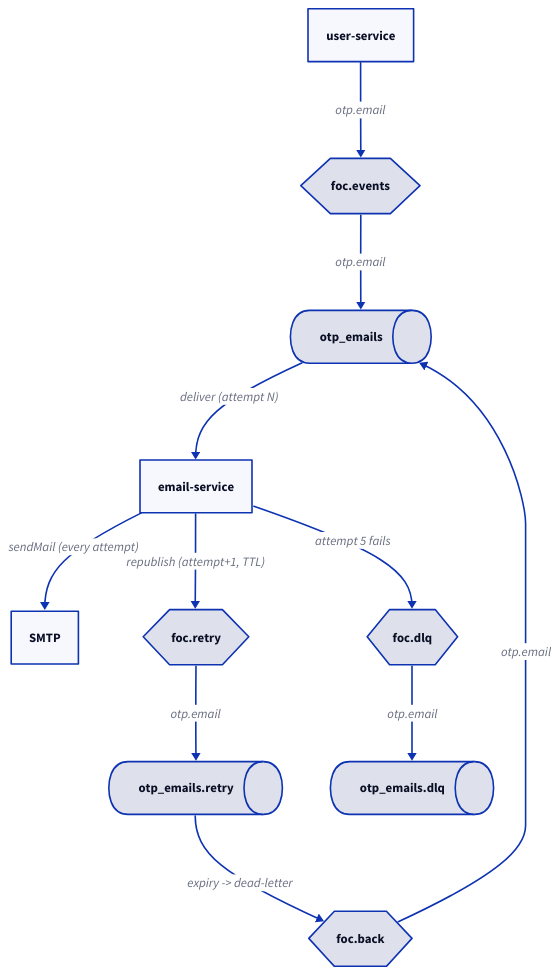
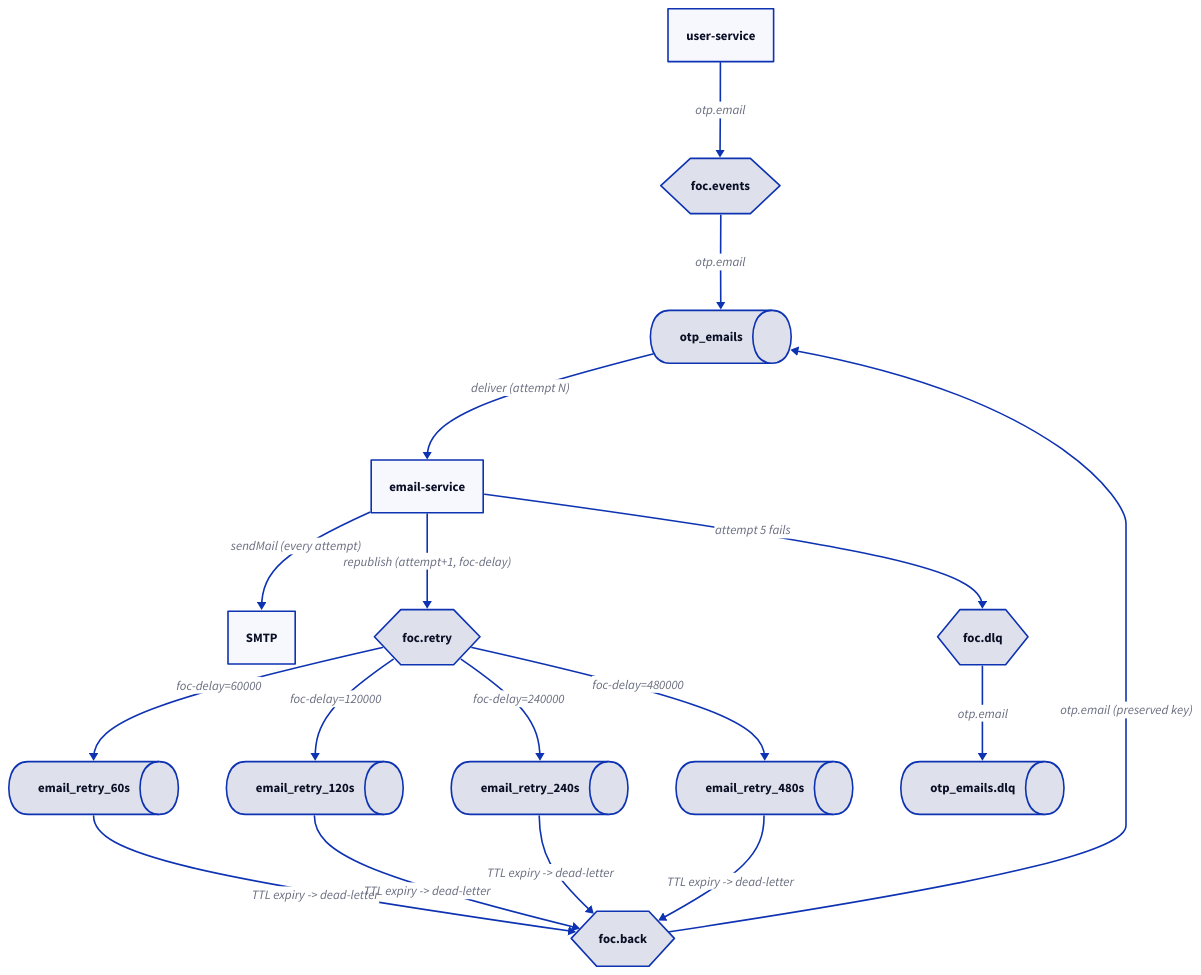
The diagram in docs/adr/email-service/chosen-topology.md (AY2627S1-CS3219-P27/FoC), drawn with D2 before and after one commit. The commit also changed other lines of this file and 4 other files, not shown here.

First line of the commit message:
Update email service queue topology

````diff
--- a/docs/adr/email-service/chosen-topology.md
+++ b/docs/adr/email-service/chosen-topology.md
@@ -54,47 +59,57 @@
 ```d2
 # Distinct shapes per node kind: services, exchanges, queues.
 classes: {
   svc: {
     shape: rectangle
   }
   exchange: {
     shape: hexagon
   }
   queue: {
     shape: queue
   }
 }
 
 # Producer publishes a new OTP email job.
 "user-service".class: svc
 "foc.events".class: exchange
 "otp_emails".class: queue
 
 "user-service" -> "foc.events": "otp.email"
 "foc.events" -> "otp_emails": "otp.email"
 
 # One consumer handles every attempt through the same pipeline.
 "email-service".class: svc
 SMTP.class: svc
 
 "otp_emails" -> "email-service": "deliver (attempt N)"
 "email-service" -> SMTP: "sendMail (every attempt)"
 
-# Send failure before attempt 5: republish with the next attempt number and
-# this hop's TTL; the retry queue parks the copy, then dead-letters it back
-# through foc.back into the main queue for the next attempt.
+# Send failure before attempt 5: republish with the next attempt number and the
+# hop's delay header; foc.retry routes it into the matching parking-lot queue,
+# which parks it for exactly the queue TTL and dead-letters it back through
+# foc.back into the main queue for the next attempt.
 "foc.retry".class: exchange
-"otp_emails.retry".class: queue
+"email_retry_60s".class: queue
+"email_retry_120s".class: queue
+"email_retry_240s".class: queue
+"email_retry_480s".class: queue
 "foc.back".class: exchange
 "foc.dlq".class: exchange
 "otp_emails.dlq".class: queue
 
-"email-service" -> "foc.retry": "republish (attempt+1, TTL)"
-"foc.retry" -> "otp_emails.retry": "otp.email"
-"otp_emails.retry" -> "foc.back": "expiry -> dead-letter"
-"foc.back" -> "otp_emails": "otp.email"
+"email-service" -> "foc.retry": "republish (attempt+1, foc-delay)"
+"foc.retry" -> "email_retry_60s": "foc-delay=60000"
+"foc.retry" -> "email_retry_120s": "foc-delay=120000"
+"foc.retry" -> "email_retry_240s": "foc-delay=240000"
+"foc.retry" -> "email_retry_480s": "foc-delay=480000"
+"email_retry_60s" -> "foc.back": "TTL expiry -> dead-letter"
+"email_retry_120s" -> "foc.back": "TTL expiry -> dead-letter"
+"email_retry_240s" -> "foc.back": "TTL expiry -> dead-letter"
+"email_retry_480s" -> "foc.back": "TTL expiry -> dead-letter"
+"foc.back" -> "otp_emails": "otp.email (preserved key)"
 
 # Attempt 5 failure is terminal: dead-letter for inspection, out of the loop.
 "email-service" -> "foc.dlq": "attempt 5 fails"
 "foc.dlq" -> "otp_emails.dlq": "otp.email"
 ```
````
